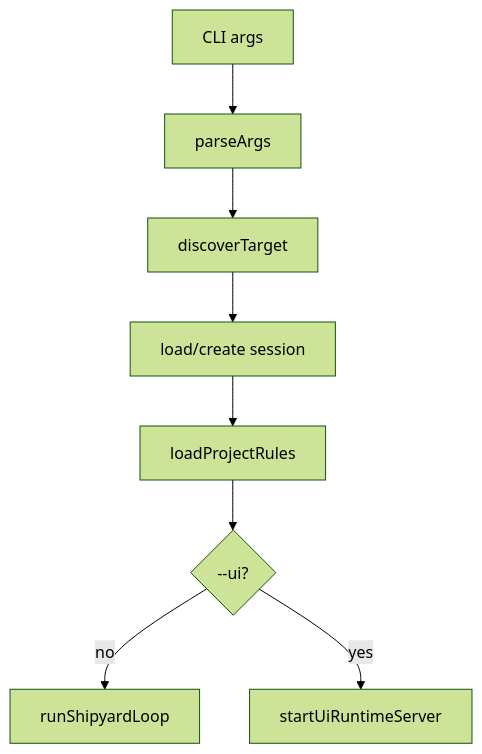
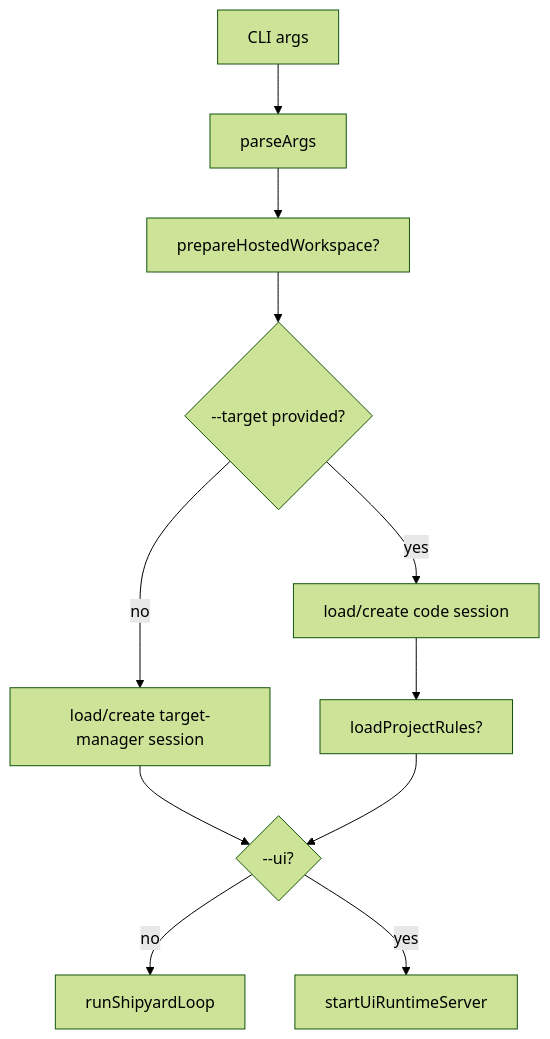
Before and after one commit to thisisyoussef/shipyard: the diagram in shipyard/src/bin/README.md, drawn with Mermaid (forest theme). The commit also changed other lines of this file and 21 other files, not shown here.

First line of the commit message:
docs: refresh runtime architecture guides

````diff
--- a/shipyard/src/bin/README.md
+++ b/shipyard/src/bin/README.md
@@ -22,19 +28,24 @@
 ```mermaid
 flowchart TD
   Args["CLI args"]
   Parse["parseArgs"]
-  Discovery["discoverTarget"]
-  Session["load/create session"]
-  Rules["loadProjectRules"]
-  Choose{"--ui?"}
+  Hosted["prepareHostedWorkspace?"]
+  TargetChoice{"--target provided?"}
+  CodeSession["load/create code session"]
+  TargetMgrSession["load/create target-manager session"]
+  Rules["loadProjectRules?"]
+  UiChoice{"--ui?"}
   Loop["runShipyardLoop"]
   Ui["startUiRuntimeServer"]
 
   Args --> Parse
-  Parse --> Discovery
-  Discovery --> Session
-  Session --> Rules
-  Rules --> Choose
-  Choose -->|no| Loop
-  Choose -->|yes| Ui
+  Parse --> Hosted
+  Hosted --> TargetChoice
+  TargetChoice -->|yes| CodeSession
+  TargetChoice -->|no| TargetMgrSession
+  CodeSession --> Rules
+  TargetMgrSession --> UiChoice
+  Rules --> UiChoice
+  UiChoice -->|no| Loop
+  UiChoice -->|yes| Ui
 ```
````
